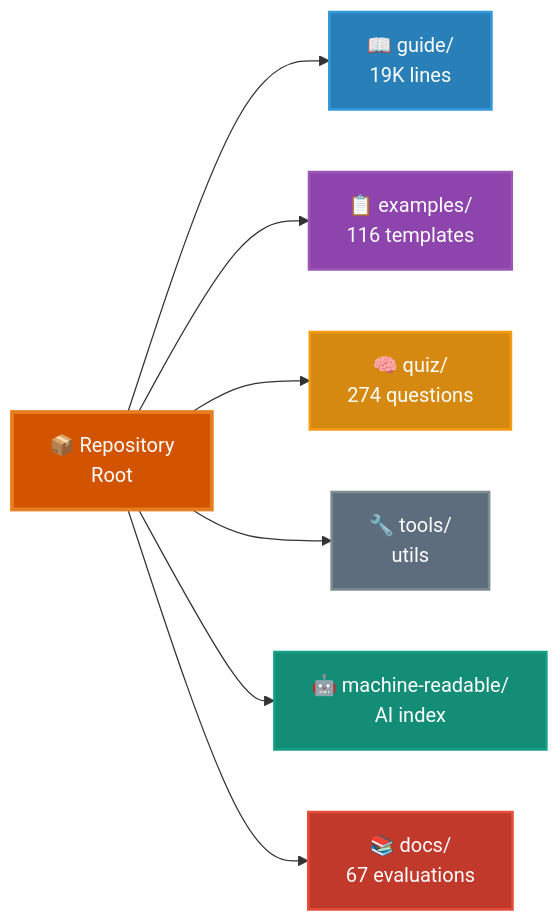
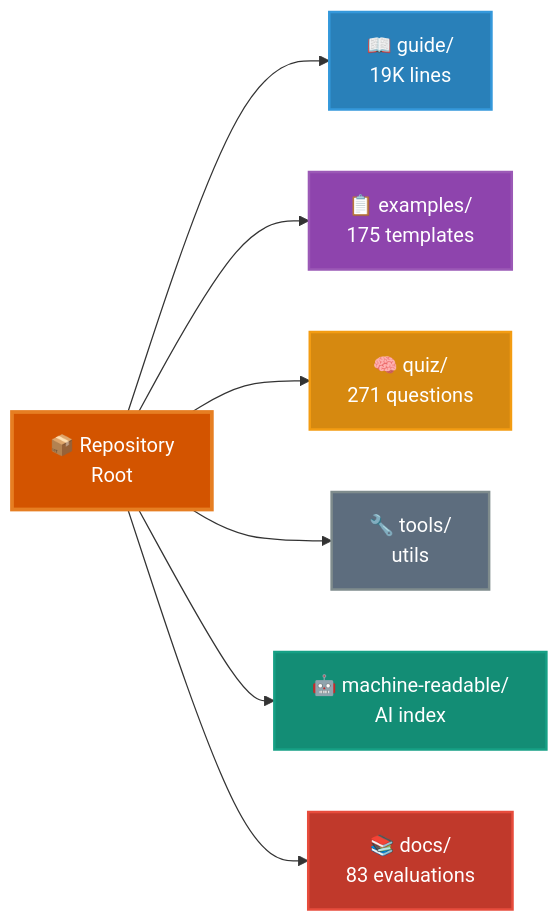
One commit to gerasimsergey/claude-code-ultimate-guide-ua changed the diagram in README.md. Above: the diagram before and after it, drawn with Mermaid. The commit also changed other lines of this file and 26 other files, not shown here.

````diff
--- a/README.md
+++ b/README.md
@@ -134,19 +135,19 @@
 ```mermaid
 graph LR
     root[📦 Repository<br/>Root]
 
     root --> guide[📖 guide/<br/>19K lines]
-    root --> examples[📋 examples/<br/>116 templates]
-    root --> quiz[🧠 quiz/<br/>274 questions]
+    root --> examples[📋 examples/<br/>175 templates]
+    root --> quiz[🧠 quiz/<br/>271 questions]
     root --> tools[🔧 tools/<br/>utils]
     root --> machine[🤖 machine-readable/<br/>AI index]
-    root --> docs[📚 docs/<br/>67 evaluations]
+    root --> docs[📚 docs/<br/>83 evaluations]
 
     style root fill:#d35400,stroke:#e67e22,stroke-width:3px,color:#fff
     style guide fill:#2980b9,stroke:#3498db,stroke-width:2px,color:#fff
     style examples fill:#8e44ad,stroke:#9b59b6,stroke-width:2px,color:#fff
     style quiz fill:#d68910,stroke:#f39c12,stroke-width:2px,color:#fff
     style tools fill:#5d6d7e,stroke:#7f8c8d,stroke-width:2px,color:#fff
     style machine fill:#138d75,stroke:#16a085,stroke-width:2px,color:#fff
     style docs fill:#c0392b,stroke:#e74c3c,stroke-width:2px,color:#fff
 ```
````
